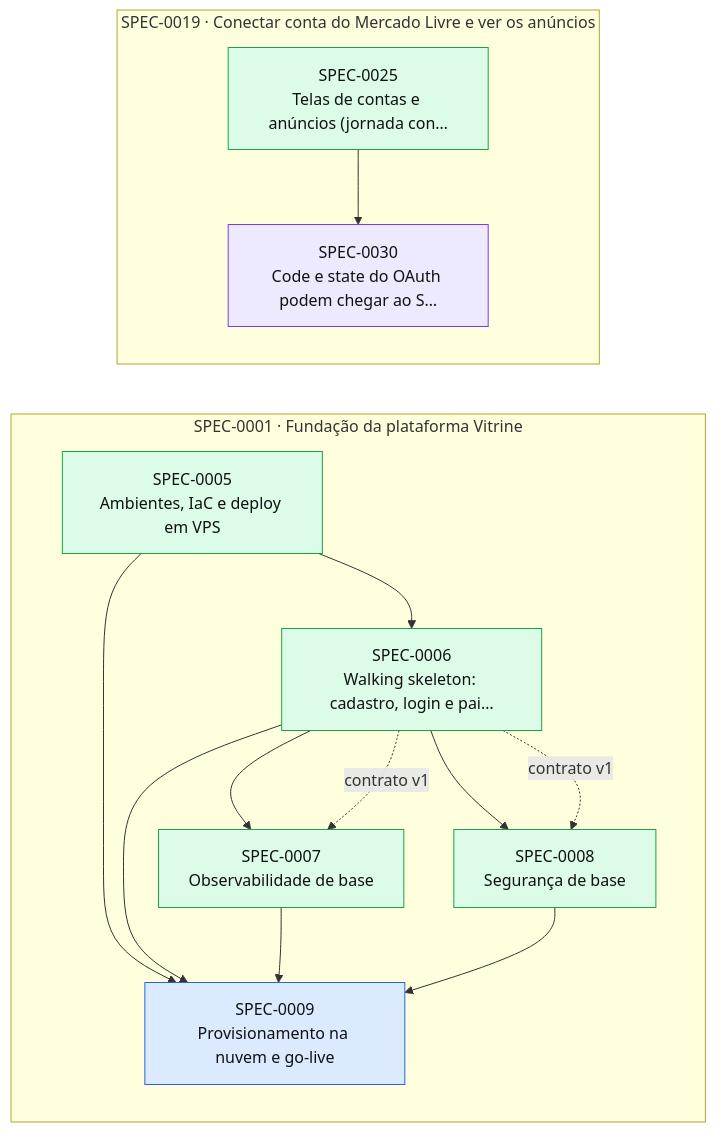
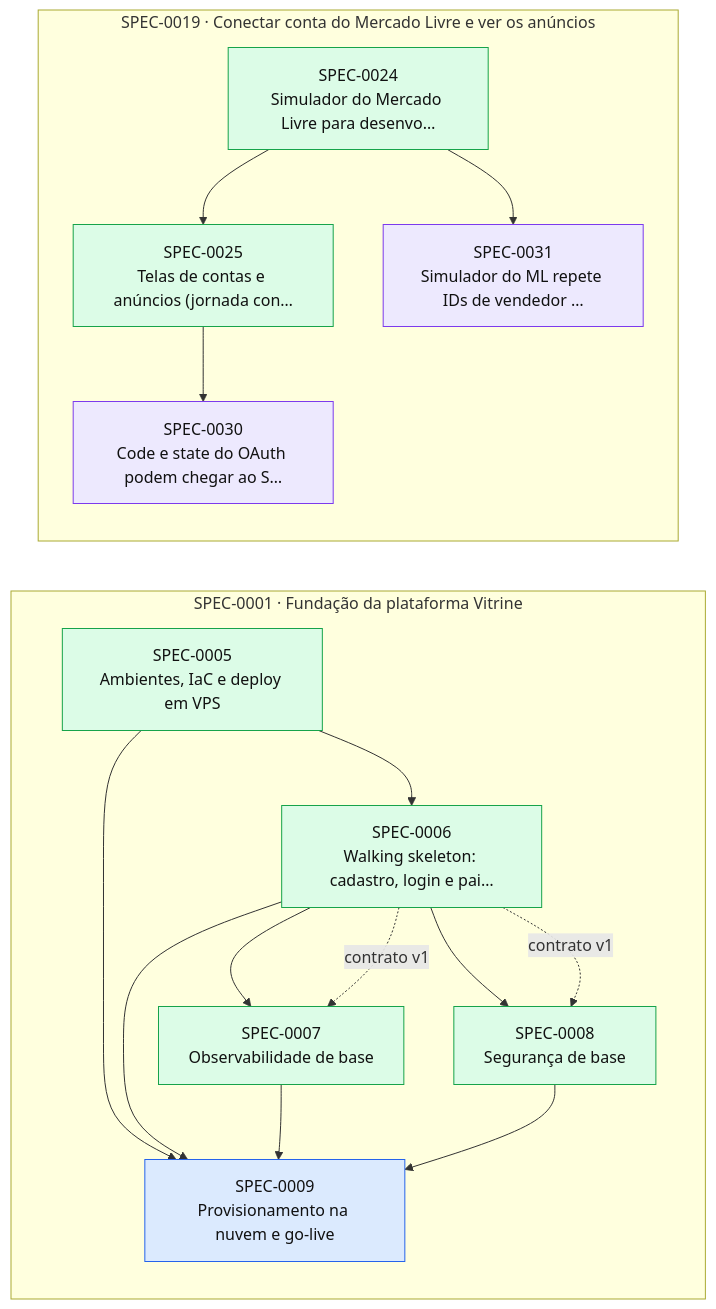
The diagram in docs/specs/INDEX.md (thomasravache/vitrine), drawn with Mermaid before and after one commit. The commit also changed other lines of this file and 2 other files, not shown here.

First line of the commit message:
docs(specs): SPEC-0031 (IDs do simulador repetem após reinício), aprovada no piloto automático

````diff
--- a/docs/specs/INDEX.md
+++ b/docs/specs/INDEX.md
@@ -59,29 +60,33 @@
 ```mermaid
 flowchart LR
   subgraph E0001["SPEC-0001 · Fundação da plataforma Vitrine"]
     S0005["SPEC-0005<br/>Ambientes, IaC e deploy em VPS"]:::implemented
     S0006["SPEC-0006<br/>Walking skeleton: cadastro, login e pai…"]:::implemented
     S0007["SPEC-0007<br/>Observabilidade de base"]:::implemented
     S0008["SPEC-0008<br/>Segurança de base"]:::implemented
     S0009["SPEC-0009<br/>Provisionamento na nuvem e go-live"]:::approved
   end
   subgraph E0019["SPEC-0019 · Conectar conta do Mercado Livre e ver os anúncios"]
+    S0024["SPEC-0024<br/>Simulador do Mercado Livre para desenvo…"]:::implemented
     S0025["SPEC-0025<br/>Telas de contas e anúncios (jornada con…"]:::implemented
     S0030["SPEC-0030<br/>Code e state do OAuth podem chegar ao S…"]:::inprogress
+    S0031["SPEC-0031<br/>Simulador do ML repete IDs de vendedor …"]:::inprogress
   end
   S0005 --> S0006
   S0006 --> S0007
   S0006 -. contrato v1 .-> S0007
   S0006 --> S0008
   S0006 -. contrato v1 .-> S0008
   S0005 --> S0009
   S0006 --> S0009
   S0007 --> S0009
   S0008 --> S0009
+  S0024 --> S0025
   S0025 --> S0030
+  S0024 --> S0031
   classDef proposed fill:#fef3c7,stroke:#d97706,color:#111
   classDef approved fill:#dbeafe,stroke:#2563eb,color:#111
   classDef inprogress fill:#ede9fe,stroke:#7c3aed,color:#111
   classDef implemented fill:#dcfce7,stroke:#16a34a,color:#111
   classDef deprecated fill:#f3f4f6,stroke:#9ca3af,color:#6b7280
 ```
````
